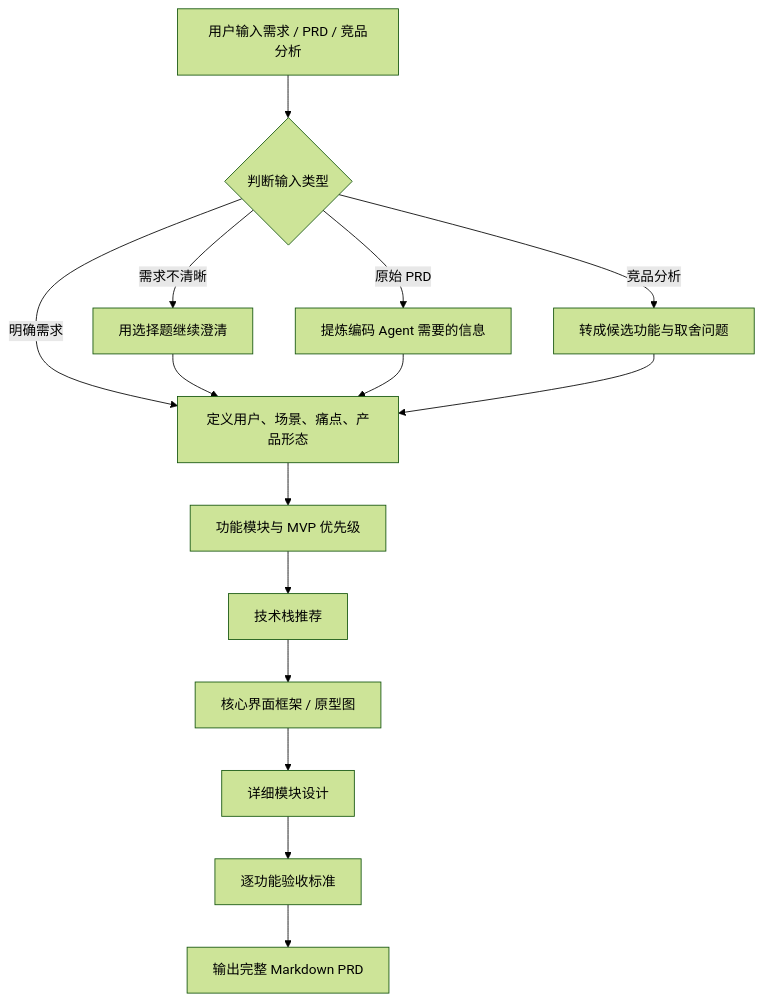
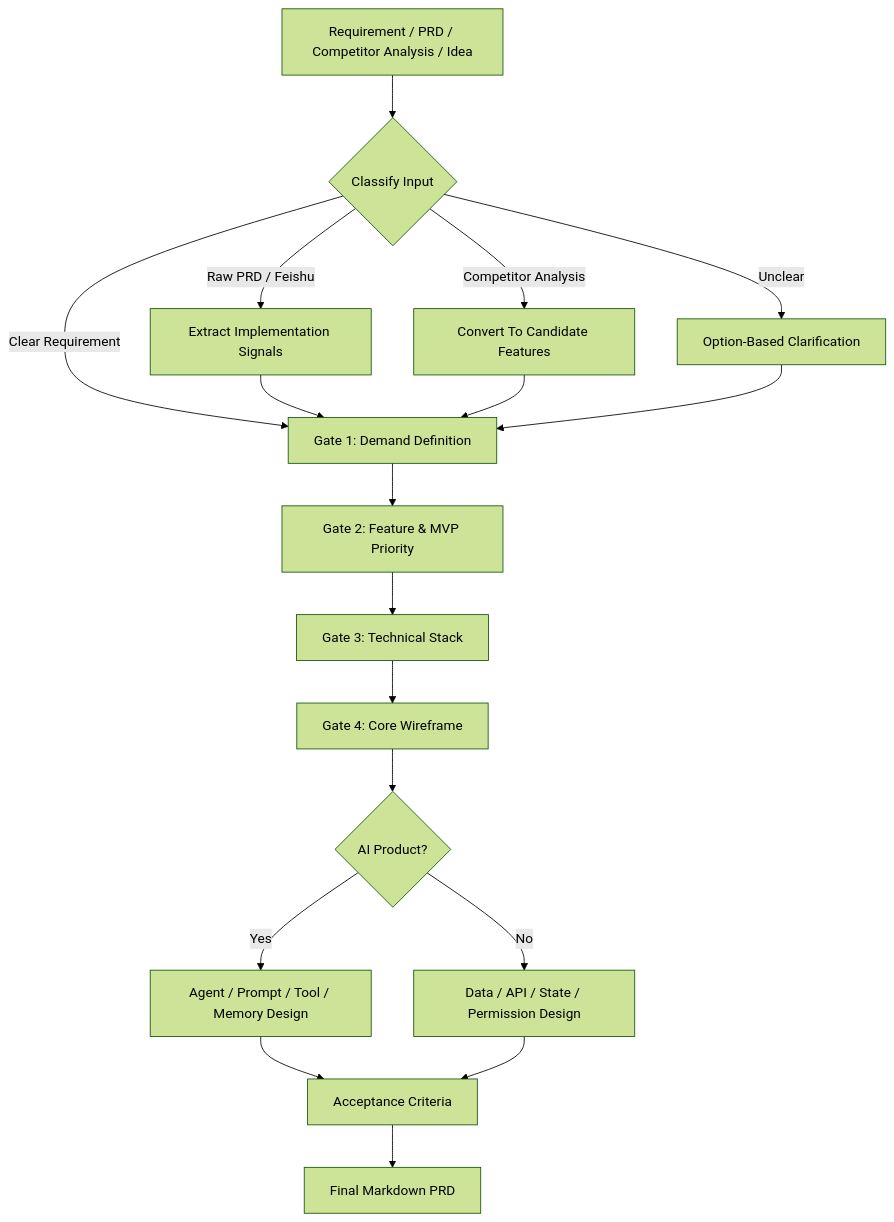
The diagram in README.md (yangjinmin666/vibe-coding-prd-skill), drawn with Mermaid (forest theme) before and after one commit. The commit also changed other lines of this file and 11 other files, not shown here.

````diff
--- a/README.md
+++ b/README.md
@@ -36,17 +50,20 @@
 ```mermaid
 flowchart TD
-    A["用户输入需求 / PRD / 竞品分析"] --> B{"判断输入类型"}
-    B -->|明确需求| C["定义用户、场景、痛点、产品形态"]
-    B -->|原始 PRD| D["提炼编码 Agent 需要的信息"]
-    B -->|竞品分析| E["转成候选功能与取舍问题"]
-    B -->|需求不清晰| F["用选择题继续澄清"]
-    F --> C
+    A["Requirement / PRD / Competitor Analysis / Idea"] --> B{"Classify Input"}
+    B -->|"Clear Requirement"| C["Gate 1: Demand Definition"]
+    B -->|"Raw PRD / Feishu"| D["Extract Implementation Signals"]
+    B -->|"Competitor Analysis"| E["Convert To Candidate Features"]
+    B -->|"Unclear"| F["Option-Based Clarification"]
     D --> C
     E --> C
-    C --> G["功能模块与 MVP 优先级"]
-    G --> H["技术栈推荐"]
-    H --> I["核心界面框架 / 原型图"]
-    I --> J["详细模块设计"]
-    J --> K["逐功能验收标准"]
-    K --> L["输出完整 Markdown PRD"]
+    F --> C
+    C --> G["Gate 2: Feature & MVP Priority"]
+    G --> H["Gate 3: Technical Stack"]
+    H --> I["Gate 4: Core Wireframe"]
+    I --> J{"AI Product?"}
+    J -->|"Yes"| K["Agent / Prompt / Tool / Memory Design"]
+    J -->|"No"| L["Data / API / State / Permission Design"]
+    K --> M["Acceptance Criteria"]
+    L --> M
+    M --> N["Final Markdown PRD"]
 ```
````
